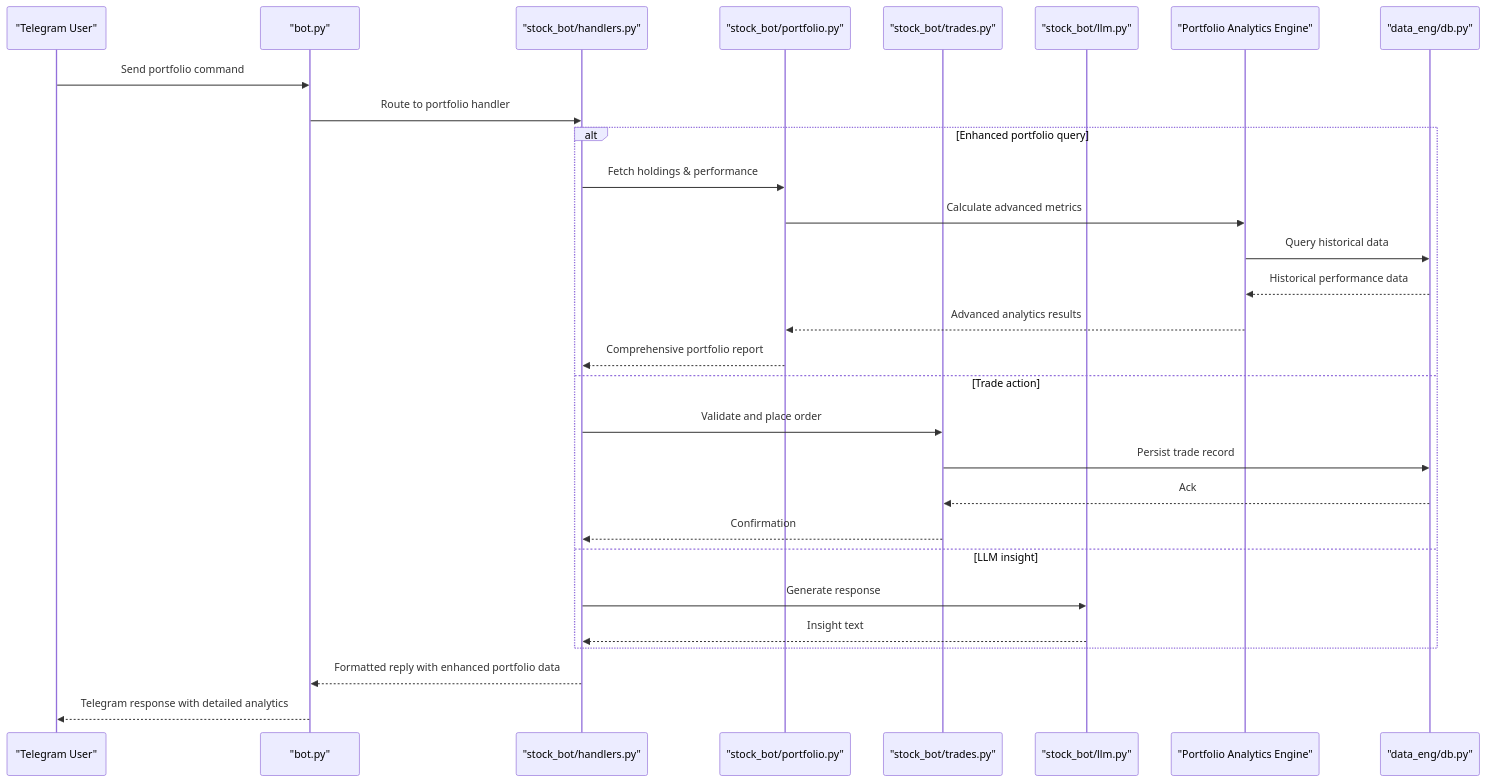
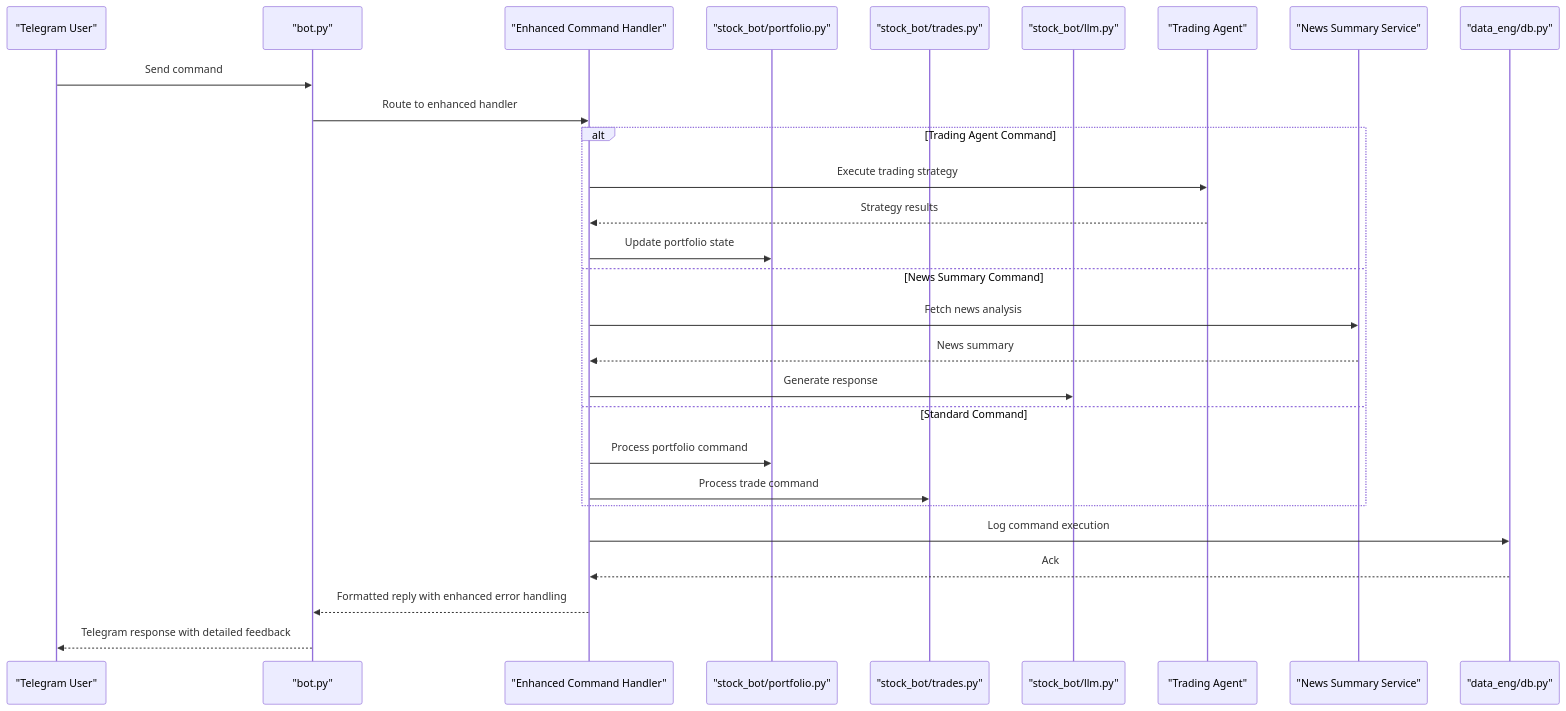
The second of 9 diagrams in .qoder/repowiki/en/content/Core Components/Stock Trading Bot.md (ZengSeng/telegram-bot), drawn with Mermaid before and after one commit. The commit also changed other lines of this file and 7 other files, not shown here.

Commit message:
Done summary and news

````diff
--- a/.qoder/repowiki/en/content/Core Components/Stock Trading Bot.md
+++ b/.qoder/repowiki/en/content/Core Components/Stock Trading Bot.md
@@ -174,31 +173,30 @@
 ```mermaid
 sequenceDiagram
 participant User as "Telegram User"
 participant Bot as "bot.py"
-participant Handlers as "stock_bot/handlers.py"
+participant EnhancedHandler as "Enhanced Command Handler"
 participant Portfolio as "stock_bot/portfolio.py"
 participant Trades as "stock_bot/trades.py"
 participant LLM as "stock_bot/llm.py"
-participant PortfolioAnalytics as "Portfolio Analytics Engine"
+participant TradingAgent as "Trading Agent"
+participant NewsSummary as "News Summary Service"
 participant DB as "data_eng/db.py"
-User->>Bot : Send portfolio command
-Bot->>Handlers : Route to portfolio handler
-alt Enhanced portfolio query
-Handlers->>Portfolio : Fetch holdings & performance
-Portfolio->>PortfolioAnalytics : Calculate advanced metrics
-PortfolioAnalytics->>DB : Query historical data
-DB-->>PortfolioAnalytics : Historical performance data
-PortfolioAnalytics-->>Portfolio : Advanced analytics results
-Portfolio-->>Handlers : Comprehensive portfolio report
-else Trade action
-Handlers->>Trades : Validate and place order
-Trades->>DB : Persist trade record
-DB-->>Trades : Ack
-Trades-->>Handlers : Confirmation
-else LLM insight
-Handlers->>LLM : Generate response
-LLM-->>Handlers : Insight text
+User->>Bot : Send command
+Bot->>EnhancedHandler : Route to enhanced handler
+alt Trading Agent Command
+EnhancedHandler->>TradingAgent : Execute trading strategy
+TradingAgent-->>EnhancedHandler : Strategy results
+EnhancedHandler->>Portfolio : Update portfolio state
+else News Summary Command
+EnhancedHandler->>NewsSummary : Fetch news analysis
+NewsSummary-->>EnhancedHandler : News summary
+EnhancedHandler->>LLM : Generate response
+else Standard Command
+EnhancedHandler->>Portfolio : Process portfolio command
+EnhancedHandler->>Trades : Process trade command
 end
-Handlers-->>Bot : Formatted reply with enhanced portfolio data
-Bot-->>User : Telegram response with detailed analytics
+EnhancedHandler->>DB : Log command execution
+DB-->>EnhancedHandler : Ack
+EnhancedHandler-->>Bot : Formatted reply with enhanced error handling
+Bot-->>User : Telegram response with detailed feedback
 ```
````
